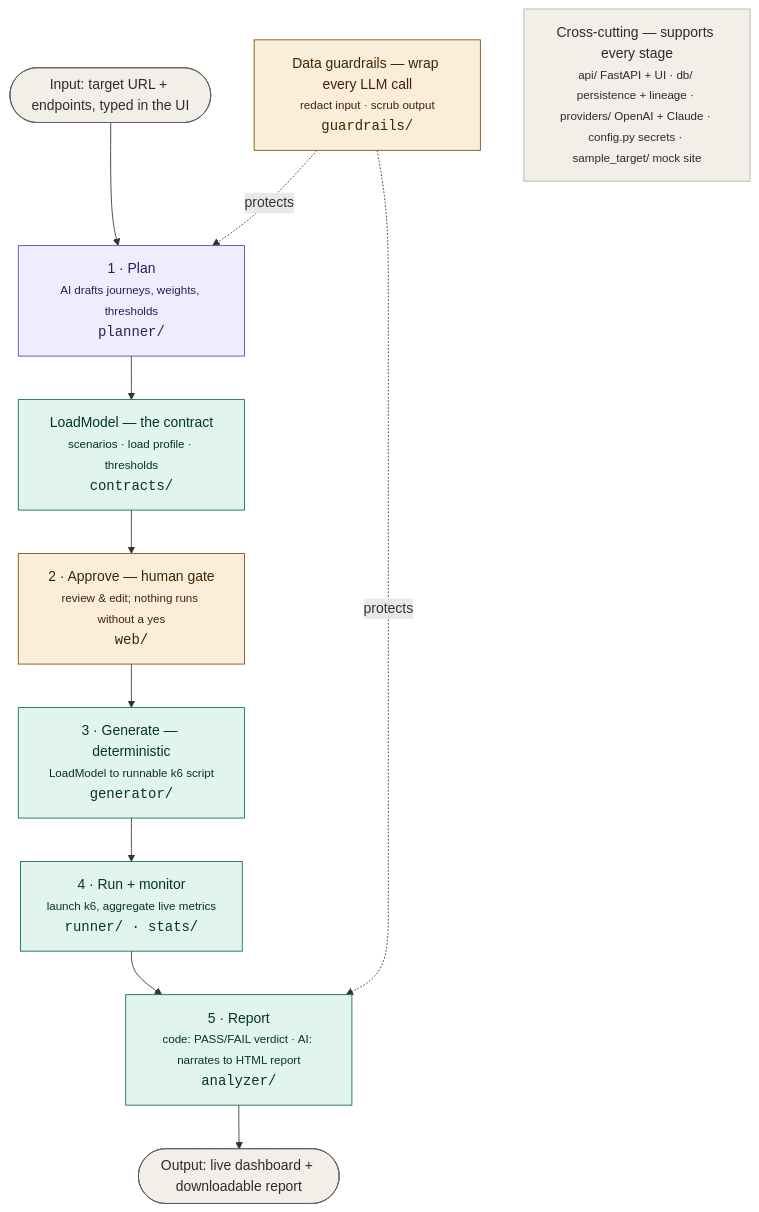
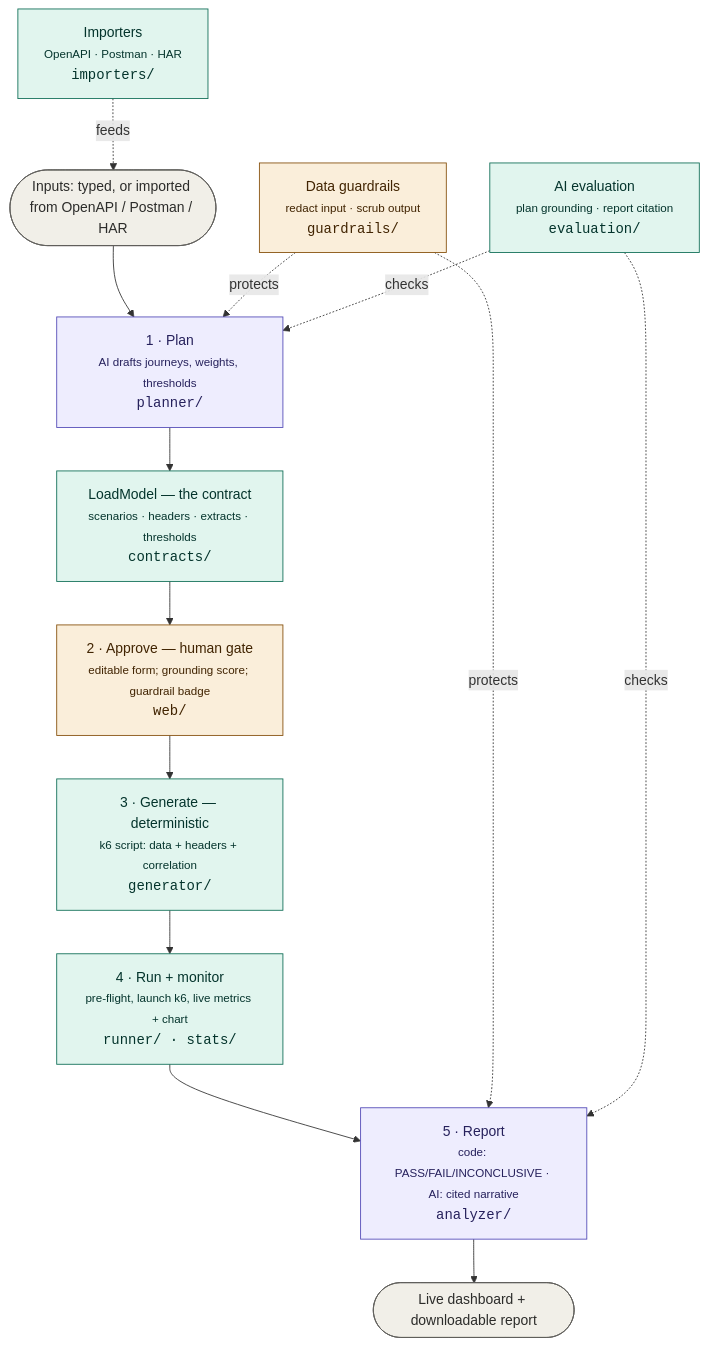
Before and after one commit to karthikrasamsetti/perfagent: the diagram in README.md, drawn with Mermaid. The commit also changed other lines of this file and 10 other files, not shown here.

Commit message:
Endpoint importers; correlation engine; headers; pre-flight; live chart; modern UI

````diff
--- a/README.md
+++ b/README.md
@@ -254,33 +200,31 @@
 ```mermaid
 flowchart TD
-    IN([Input: target URL + endpoints, typed in the UI])
-
+    IN([Inputs: typed, or imported from OpenAPI / Postman / HAR])
     PLAN["1 · Plan<br/><small>AI drafts journeys, weights, thresholds</small><br/><code>planner/</code>"]
-    LM["LoadModel — the contract<br/><small>scenarios · load profile · thresholds</small><br/><code>contracts/</code>"]
-    APPROVE["2 · Approve — human gate<br/><small>review & edit; nothing runs without a yes</small><br/><code>web/</code>"]
-    GEN["3 · Generate — deterministic<br/><small>LoadModel to runnable k6 script</small><br/><code>generator/</code>"]
-    RUN["4 · Run + monitor<br/><small>launch k6, aggregate live metrics</small><br/><code>runner/ · stats/</code>"]
-    REPORT["5 · Report<br/><small>code: PASS/FAIL verdict · AI: narrates to HTML report</small><br/><code>analyzer/</code>"]
-    OUT([Output: live dashboard + downloadable report])
+    LM["LoadModel — the contract<br/><small>scenarios · headers · extracts · thresholds</small><br/><code>contracts/</code>"]
+    APPROVE["2 · Approve — human gate<br/><small>editable form; grounding score; guardrail badge</small><br/><code>web/</code>"]
+    GEN["3 · Generate — deterministic<br/><small>k6 script: data + headers + correlation</small><br/><code>generator/</code>"]
+    RUN["4 · Run + monitor<br/><small>pre-flight, launch k6, live metrics + chart</small><br/><code>runner/ · stats/</code>"]
+    REPORT["5 · Report<br/><small>code: PASS/FAIL/INCONCLUSIVE · AI: cited narrative</small><br/><code>analyzer/</code>"]
+    OUT([Live dashboard + downloadable report])
 
     IN --> PLAN --> LM --> APPROVE --> GEN --> RUN --> REPORT --> OUT
 
-    GUARD["Data guardrails — wrap every LLM call<br/><small>redact input · scrub output</small><br/><code>guardrails/</code>"]
+    GUARD["Data guardrails<br/><small>redact input · scrub output</small><br/><code>guardrails/</code>"]
+    EVAL["AI evaluation<br/><small>plan grounding · report citation</small><br/><code>evaluation/</code>"]
+    IMP["Importers<br/><small>OpenAPI · Postman · HAR</small><br/><code>importers/</code>"]
     GUARD -. protects .-> PLAN
     GUARD -. protects .-> REPORT
+    EVAL -. checks .-> PLAN
+    EVAL -. checks .-> REPORT
+    IMP -. feeds .-> IN
 
-    CROSS["Cross-cutting — supports every stage<br/><small>api/ FastAPI + UI · db/ persistence + lineage · providers/ OpenAI + Claude · config.py secrets · sample_target/ mock site</small>"]
-
-    classDef ai    fill:#EEEDFE,stroke:#534AB7,color:#26215C;
-    classDef code  fill:#E1F5EE,stroke:#0F6E56,color:#04342C;
-    classDef gate  fill:#FAEEDA,stroke:#854F0B,color:#412402;
-    classDef io    fill:#F1EFE8,stroke:#5F5E5A,color:#2C2C2A;
-    classDef cross fill:#F1EFE8,stroke:#B4B2A9,color:#2C2C2A;
-
-    class PLAN ai;
-    class LM,GEN,RUN,REPORT code;
-    class APPROVE gate;
-    class GUARD gate;
+    classDef ai fill:#EEEDFE,stroke:#534AB7,color:#26215C;
+    classDef code fill:#E1F5EE,stroke:#0F6E56,color:#04342C;
+    classDef gate fill:#FAEEDA,stroke:#854F0B,color:#412402;
+    classDef io fill:#F1EFE8,stroke:#5F5E5A,color:#2C2C2A;
+    class PLAN,REPORT ai;
+    class LM,GEN,RUN,EVAL,IMP code;
+    class APPROVE,GUARD gate;
     class IN,OUT io;
-    class CROSS cross;
 ```
````
